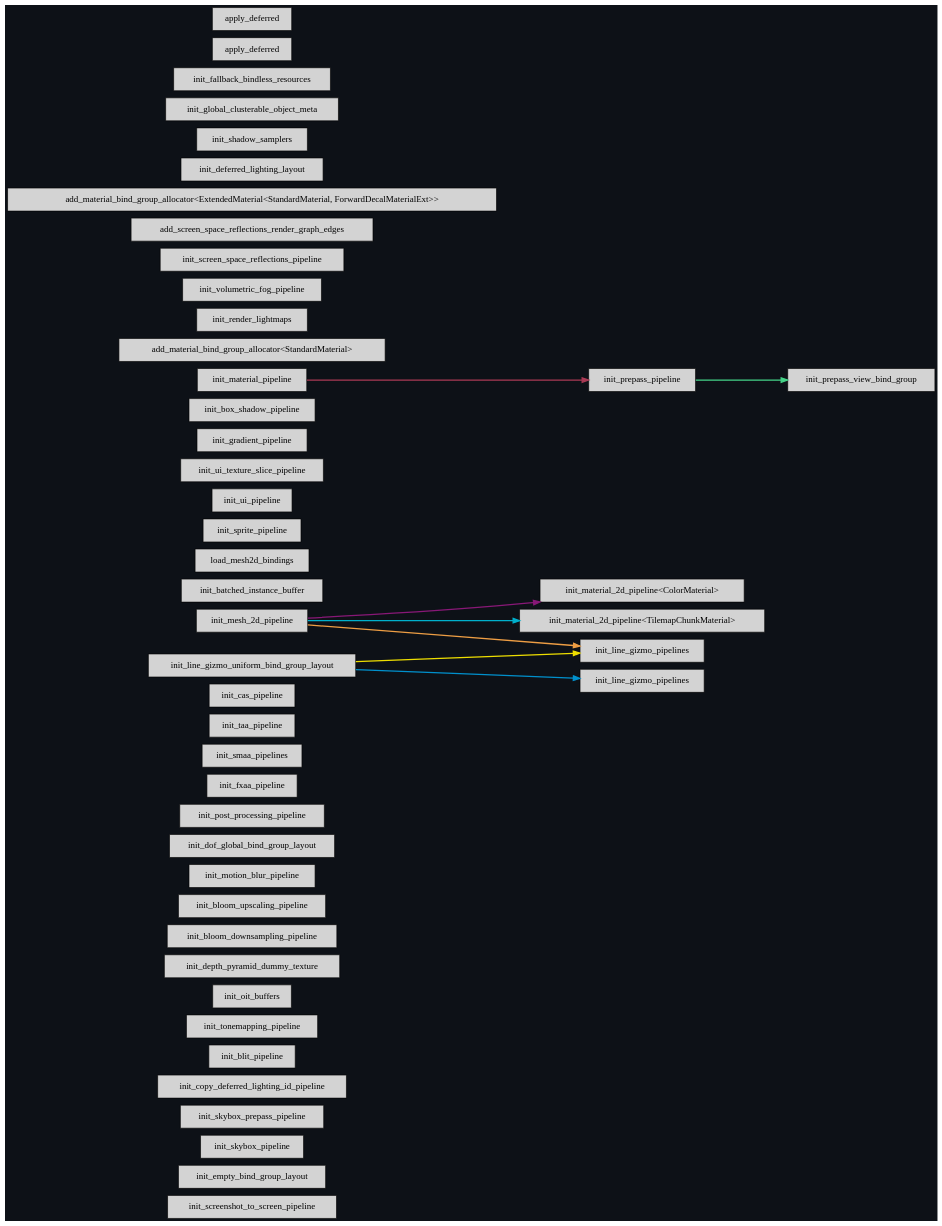
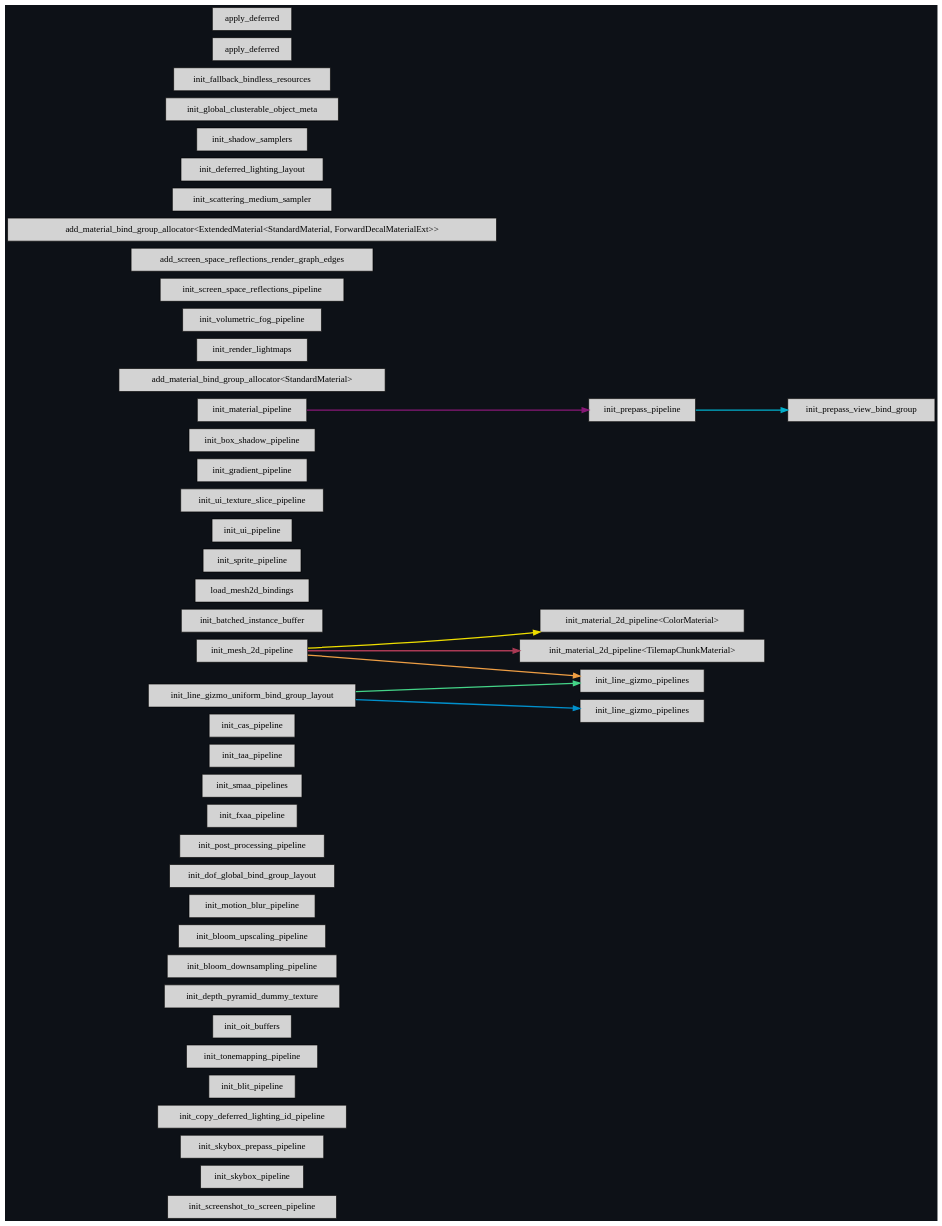
One commit to jakobhellermann/bevy_mod_debugdump changed the diagram in docs/schedule/dark/render_schedule_RenderStartup.dot. Above: the diagram before and after it, drawn with Graphviz. The commit also changed 61 other files, not shown here.

```diff
--- a/docs/schedule/dark/render_schedule_RenderStartup.dot
+++ b/docs/schedule/dark/render_schedule_RenderStartup.dot
@@ -8,56 +8,56 @@
 	edge ["penwidth"="2"];
 	node ["shape"="box", "style"="filled"];
 	"node_System(SystemKey(1v1))" ["label"="init_screenshot_to_screen_pipeline", "tooltip"="bevy_render::view::window::screenshot::init_screenshot_to_screen_pipeline"]
-	"node_System(SystemKey(2v1))" ["label"="init_empty_bind_group_layout", "tooltip"="bevy_render::render_resource::bind_group_layout::init_empty_bind_group_layout"]
-	"node_System(SystemKey(3v1))" ["label"="init_skybox_pipeline", "tooltip"="bevy_core_pipeline::skybox::init_skybox_pipeline"]
-	"node_System(SystemKey(4v1))" ["label"="init_skybox_prepass_pipeline", "tooltip"="bevy_core_pipeline::skybox::prepass::init_skybox_prepass_pipeline"]
-	"node_System(SystemKey(5v1))" ["label"="init_copy_deferred_lighting_id_pipeline", "tooltip"="bevy_core_pipeline::deferred::copy_lighting_id::init_copy_deferred_lighting_id_pipeline"]
-	"node_System(SystemKey(6v1))" ["label"="init_blit_pipeline", "tooltip"="bevy_core_pipeline::blit::init_blit_pipeline"]
-	"node_System(SystemKey(7v1))" ["label"="init_tonemapping_pipeline", "tooltip"="bevy_core_pipeline::tonemapping::init_tonemapping_pipeline"]
-	"node_System(SystemKey(8v1))" ["label"="init_oit_buffers", "tooltip"="bevy_core_pipeline::oit::init_oit_buffers"]
-	"node_System(SystemKey(9v1))" ["label"="init_depth_pyramid_dummy_texture", "tooltip"="bevy_core_pipeline::experimental::mip_generation::init_depth_pyramid_dummy_texture"]
-	"node_System(SystemKey(10v1))" ["label"="init_bloom_downsampling_pipeline", "tooltip"="bevy_post_process::bloom::downsampling_pipeline::init_bloom_downsampling_pipeline"]
-	"node_System(SystemKey(11v1))" ["label"="init_bloom_upscaling_pipeline", "tooltip"="bevy_post_process::bloom::upsampling_pipeline::init_bloom_upscaling_pipeline"]
-	"node_System(SystemKey(12v1))" ["label"="init_motion_blur_pipeline", "tooltip"="bevy_post_process::motion_blur::pipeline::init_motion_blur_pipeline"]
-	"node_System(SystemKey(13v1))" ["label"="init_dof_global_bind_group_layout", "tooltip"="bevy_post_process::dof::init_dof_global_bind_group_layout"]
-	"node_System(SystemKey(14v1))" ["label"="init_post_processing_pipeline", "tooltip"="bevy_post_process::effect_stack::init_post_processing_pipeline"]
-	"node_System(SystemKey(15v1))" ["label"="init_fxaa_pipeline", "tooltip"="bevy_anti_alias::fxaa::init_fxaa_pipeline"]
-	"node_System(SystemKey(16v1))" ["label"="init_smaa_pipelines", "tooltip"="bevy_anti_alias::smaa::init_smaa_pipelines"]
-	"node_System(SystemKey(17v1))" ["label"="init_taa_pipeline", "tooltip"="bevy_anti_alias::taa::init_taa_pipeline"]
-	"node_System(SystemKey(18v1))" ["label"="init_cas_pipeline", "tooltip"="bevy_anti_alias::contrast_adaptive_sharpening::init_cas_pipeline"]
-	"node_System(SystemKey(19v1))" ["label"="init_mesh_2d_pipeline", "tooltip"="bevy_sprite_render::mesh2d::mesh::init_mesh_2d_pipeline"]
-	"node_System(SystemKey(20v1))" ["label"="init_batched_instance_buffer", "tooltip"="bevy_sprite_render::mesh2d::mesh::init_batched_instance_buffer"]
-	"node_System(SystemKey(21v1))" ["label"="load_mesh2d_bindings", "tooltip"="bevy_sprite_render::mesh2d::mesh::load_mesh2d_bindings"]
-	"node_System(SystemKey(22v1))" ["label"="init_material_2d_pipeline<ColorMaterial>", "tooltip"="bevy_sprite_render::mesh2d::material::init_material_2d_pipeline<bevy_sprite_render::mesh2d::color_material::ColorMaterial>"]
-	"node_System(SystemKey(23v1))" ["label"="init_material_2d_pipeline<TilemapChunkMaterial>", "tooltip"="bevy_sprite_render::mesh2d::material::init_material_2d_pipeline<bevy_sprite_render::tilemap_chunk::tilemap_chunk_material::TilemapChunkMaterial>"]
-	"node_System(SystemKey(24v1))" ["label"="init_sprite_pipeline", "tooltip"="bevy_sprite_render::render::init_sprite_pipeline"]
-	"node_System(SystemKey(25v1))" ["label"="init_ui_pipeline", "tooltip"="bevy_ui_render::pipeline::init_ui_pipeline"]
-	"node_System(SystemKey(26v1))" ["label"="init_ui_texture_slice_pipeline", "tooltip"="bevy_ui_render::ui_texture_slice_pipeline::init_ui_texture_slice_pipeline"]
-	"node_System(SystemKey(27v1))" ["label"="init_gradient_pipeline", "tooltip"="bevy_ui_render::gradient::init_gradient_pipeline"]
-	"node_System(SystemKey(28v1))" ["label"="init_box_shadow_pipeline", "tooltip"="bevy_ui_render::box_shadow::init_box_shadow_pipeline"]
-	"node_System(SystemKey(29v1))" ["label"="init_prepass_pipeline", "tooltip"="bevy_pbr::prepass::init_prepass_pipeline"]
-	"node_System(SystemKey(30v1))" ["label"="init_prepass_view_bind_group", "tooltip"="bevy_pbr::prepass::init_prepass_view_bind_group"]
-	"node_System(SystemKey(31v1))" ["label"="init_material_pipeline", "tooltip"="bevy_pbr::material::init_material_pipeline"]
-	"node_System(SystemKey(32v1))" ["label"="add_material_bind_group_allocator<StandardMaterial>", "tooltip"="bevy_pbr::material::add_material_bind_group_allocator<bevy_pbr::pbr_material::StandardMaterial>"]
-	"node_System(SystemKey(33v1))" ["label"="init_render_lightmaps", "tooltip"="bevy_pbr::lightmap::init_render_lightmaps"]
-	"node_System(SystemKey(34v1))" ["label"="init_volumetric_fog_pipeline", "tooltip"="bevy_pbr::volumetric_fog::render::init_volumetric_fog_pipeline"]
-	"node_System(SystemKey(35v1))" ["label"="init_screen_space_reflections_pipeline", "tooltip"="bevy_pbr::ssr::init_screen_space_reflections_pipeline"]
-	"node_System(SystemKey(36v1))" ["label"="add_screen_space_reflections_render_graph_edges", "tooltip"="bevy_pbr::ssr::add_screen_space_reflections_render_graph_edges"]
-	"node_System(SystemKey(37v1))" ["label"="add_material_bind_group_allocator<ExtendedMaterial<StandardMaterial, ForwardDecalMaterialExt>>", "tooltip"="bevy_pbr::material::add_material_bind_group_allocator<bevy_pbr::extended_material::ExtendedMaterial<bevy_pbr::pbr_material::StandardMaterial, bevy_pbr::decal::forward::ForwardDecalMaterialExt>>"]
+	"node_System(SystemKey(2v1))" ["label"="init_skybox_pipeline", "tooltip"="bevy_core_pipeline::skybox::init_skybox_pipeline"]
+	"node_System(SystemKey(3v1))" ["label"="init_skybox_prepass_pipeline", "tooltip"="bevy_core_pipeline::skybox::prepass::init_skybox_prepass_pipeline"]
+	"node_System(SystemKey(4v1))" ["label"="init_copy_deferred_lighting_id_pipeline", "tooltip"="bevy_core_pipeline::deferred::copy_lighting_id::init_copy_deferred_lighting_id_pipeline"]
+	"node_System(SystemKey(5v1))" ["label"="init_blit_pipeline", "tooltip"="bevy_core_pipeline::blit::init_blit_pipeline"]
+	"node_System(SystemKey(6v1))" ["label"="init_tonemapping_pipeline", "tooltip"="bevy_core_pipeline::tonemapping::init_tonemapping_pipeline"]
+	"node_System(SystemKey(7v1))" ["label"="init_oit_buffers", "tooltip"="bevy_core_pipeline::oit::init_oit_buffers"]
+	"node_System(SystemKey(8v1))" ["label"="init_depth_pyramid_dummy_texture", "tooltip"="bevy_core_pipeline::experimental::mip_generation::init_depth_pyramid_dummy_texture"]
+	"node_System(SystemKey(9v1))" ["label"="init_bloom_downsampling_pipeline", "tooltip"="bevy_post_process::bloom::downsampling_pipeline::init_bloom_downsampling_pipeline"]
+	"node_System(SystemKey(10v1))" ["label"="init_bloom_upscaling_pipeline", "tooltip"="bevy_post_process::bloom::upsampling_pipeline::init_bloom_upscaling_pipeline"]
+	"node_System(SystemKey(11v1))" ["label"="init_motion_blur_pipeline", "tooltip"="bevy_post_process::motion_blur::pipeline::init_motion_blur_pipeline"]
+	"node_System(SystemKey(12v1))" ["label"="init_dof_global_bind_group_layout", "tooltip"="bevy_post_process::dof::init_dof_global_bind_group_layout"]
+	"node_System(SystemKey(13v1))" ["label"="init_post_processing_pipeline", "tooltip"="bevy_post_process::effect_stack::init_post_processing_pipeline"]
+	"node_System(SystemKey(14v1))" ["label"="init_fxaa_pipeline", "tooltip"="bevy_anti_alias::fxaa::init_fxaa_pipeline"]
+	"node_System(SystemKey(15v1))" ["label"="init_smaa_pipelines", "tooltip"="bevy_anti_alias::smaa::init_smaa_pipelines"]
+	"node_System(SystemKey(16v1))" ["label"="init_taa_pipeline", "tooltip"="bevy_anti_alias::taa::init_taa_pipeline"]
+	"node_System(SystemKey(17v1))" ["label"="init_cas_pipeline", "tooltip"="bevy_anti_alias::contrast_adaptive_sharpening::init_cas_pipeline"]
+	"node_System(SystemKey(18v1))" ["label"="init_mesh_2d_pipeline", "tooltip"="bevy_sprite_render::mesh2d::mesh::init_mesh_2d_pipeline"]
+	"node_System(SystemKey(19v1))" ["label"="init_batched_instance_buffer", "tooltip"="bevy_sprite_render::mesh2d::mesh::init_batched_instance_buffer"]
+	"node_System(SystemKey(20v1))" ["label"="load_mesh2d_bindings", "tooltip"="bevy_sprite_render::mesh2d::mesh::load_mesh2d_bindings"]
+	"node_System(SystemKey(21v1))" ["label"="init_material_2d_pipeline<ColorMaterial>", "tooltip"="bevy_sprite_render::mesh2d::material::init_material_2d_pipeline<bevy_sprite_render::mesh2d::color_material::ColorMaterial>"]
+	"node_System(SystemKey(22v1))" ["label"="init_material_2d_pipeline<TilemapChunkMaterial>", "tooltip"="bevy_sprite_render::mesh2d::material::init_material_2d_pipeline<bevy_sprite_render::tilemap_chunk::tilemap_chunk_material::TilemapChunkMaterial>"]
+	"node_System(SystemKey(23v1))" ["label"="init_sprite_pipeline", "tooltip"="bevy_sprite_render::render::init_sprite_pipeline"]
+	"node_System(SystemKey(24v1))" ["label"="init_ui_pipeline", "tooltip"="bevy_ui_render::pipeline::init_ui_pipeline"]
+	"node_System(SystemKey(25v1))" ["label"="init_ui_texture_slice_pipeline", "tooltip"="bevy_ui_render::ui_texture_slice_pipeline::init_ui_texture_slice_pipeline"]
+	"node_System(SystemKey(26v1))" ["label"="init_gradient_pipeline", "tooltip"="bevy_ui_render::gradient::init_gradient_pipeline"]
+	"node_System(SystemKey(27v1))" ["label"="init_box_shadow_pipeline", "tooltip"="bevy_ui_render::box_shadow::init_box_shadow_pipeline"]
+	"node_System(SystemKey(28v1))" ["label"="init_prepass_pipeline", "tooltip"="bevy_pbr::prepass::init_prepass_pipeline"]
+	"node_System(SystemKey(29v1))" ["label"="init_prepass_view_bind_group", "tooltip"="bevy_pbr::prepass::init_prepass_view_bind_group"]
+	"node_System(SystemKey(30v1))" ["label"="init_material_pipeline", "tooltip"="bevy_pbr::material::init_material_pipeline"]
+	"node_System(SystemKey(31v1))" ["label"="add_material_bind_group_allocator<StandardMaterial>", "tooltip"="bevy_pbr::material::add_material_bind_group_allocator<bevy_pbr::pbr_material::StandardMaterial>"]
+	"node_System(SystemKey(32v1))" ["label"="init_render_lightmaps", "tooltip"="bevy_pbr::lightmap::init_render_lightmaps"]
+	"node_System(SystemKey(33v1))" ["label"="init_volumetric_fog_pipeline", "tooltip"="bevy_pbr::volumetric_fog::render::init_volumetric_fog_pipeline"]
+	"node_System(SystemKey(34v1))" ["label"="init_screen_space_reflections_pipeline", "tooltip"="bevy_pbr::ssr::init_screen_space_reflections_pipeline"]
+	"node_System(SystemKey(35v1))" ["label"="add_screen_space_reflections_render_graph_edges", "tooltip"="bevy_pbr::ssr::add_screen_space_reflections_render_graph_edges"]
+	"node_System(SystemKey(36v1))" ["label"="add_material_bind_group_allocator<ExtendedMaterial<StandardMaterial, ForwardDecalMaterialExt>>", "tooltip"="bevy_pbr::material::add_material_bind_group_allocator<bevy_pbr::extended_material::ExtendedMaterial<bevy_pbr::pbr_material::StandardMaterial, bevy_pbr::decal::forward::ForwardDecalMaterialExt>>"]
+	"node_System(SystemKey(37v1))" ["label"="init_scattering_medium_sampler", "tooltip"="bevy_pbr::medium::init_scattering_medium_sampler"]
 	"node_System(SystemKey(38v1))" ["label"="init_deferred_lighting_layout", "tooltip"="bevy_pbr::deferred::init_deferred_lighting_layout"]
 	"node_System(SystemKey(39v1))" ["label"="init_shadow_samplers", "tooltip"="bevy_pbr::render::light::init_shadow_samplers"]
 	"node_System(SystemKey(40v1))" ["label"="init_global_clusterable_object_meta", "tooltip"="bevy_pbr::cluster::init_global_clusterable_object_meta"]
 	"node_System(SystemKey(41v1))" ["label"="init_fallback_bindless_resources", "tooltip"="bevy_pbr::material_bind_groups::init_fallback_bindless_resources"]
-	"node_System(SystemKey(42v1))" ["label"="init_line_gizmo_uniform_bind_group_layout", "tooltip"="bevy_gizmos::init_line_gizmo_uniform_bind_group_layout"]
-	"node_System(SystemKey(43v1))" ["label"="init_line_gizmo_pipelines", "tooltip"="bevy_gizmos::pipeline_2d::init_line_gizmo_pipelines"]
-	"node_System(SystemKey(44v1))" ["label"="init_line_gizmo_pipelines", "tooltip"="bevy_gizmos::pipeline_3d::init_line_gizmo_pipelines"]
+	"node_System(SystemKey(42v1))" ["label"="init_line_gizmo_uniform_bind_group_layout", "tooltip"="bevy_gizmos_render::init_line_gizmo_uniform_bind_group_layout"]
+	"node_System(SystemKey(43v1))" ["label"="init_line_gizmo_pipelines", "tooltip"="bevy_gizmos_render::pipeline_2d::init_line_gizmo_pipelines"]
+	"node_System(SystemKey(44v1))" ["label"="init_line_gizmo_pipelines", "tooltip"="bevy_gizmos_render::pipeline_3d::init_line_gizmo_pipelines"]
 	"node_System(SystemKey(45v1))" ["label"="apply_deferred", "tooltip"="bevy_ecs::apply_deferred"]
 	"node_System(SystemKey(46v1))" ["label"="apply_deferred", "tooltip"="bevy_ecs::apply_deferred"]
-	"node_System(SystemKey(42v1))" -> "node_System(SystemKey(43v1))" ["lhead"="", "ltail"="", "tooltip"="SystemTypeSet(fn bevy_ecs::system::function_system::FunctionSystem<fn(bevy_ecs::system::commands::Commands<'_, '_>, bevy_ecs::change_detection::Res<'_, bevy_render::renderer::render_device::RenderDevice>), (), bevy_gizmos::init_line_gizmo_uniform_bind_group_layout>()) → init_line_gizmo_pipelines", "color"="#eede00"]
-	"node_System(SystemKey(19v1))" -> "node_System(SystemKey(22v1))" ["lhead"="", "ltail"="", "tooltip"="SystemTypeSet(fn bevy_ecs::system::function_system::FunctionSystem<fn(bevy_ecs::system::commands::Commands<'_, '_>, bevy_ecs::change_detection::Res<'_, bevy_render::renderer::render_device::RenderDevice>, bevy_ecs::change_detection::Res<'_, bevy_render::renderer::RenderQueue>, bevy_ecs::change_detection::Res<'_, bevy_render::render_resource::texture::DefaultImageSampler>, bevy_ecs::change_detection::Res<'_, bevy_asset::server::AssetServer>), (), bevy_sprite_render::mesh2d::mesh::init_mesh_2d_pipeline>()) → init_material_2d_pipeline<ColorMaterial>", "color"="#881877"]
-	"node_System(SystemKey(19v1))" -> "node_System(SystemKey(23v1))" ["lhead"="", "ltail"="", "tooltip"="SystemTypeSet(fn bevy_ecs::system::function_system::FunctionSystem<fn(bevy_ecs::system::commands::Commands<'_, '_>, bevy_ecs::change_detection::Res<'_, bevy_render::renderer::render_device::RenderDevice>, bevy_ecs::change_detection::Res<'_, bevy_render::renderer::RenderQueue>, bevy_ecs::change_detection::Res<'_, bevy_render::render_resource::texture::DefaultImageSampler>, bevy_ecs::change_detection::Res<'_, bevy_asset::server::AssetServer>), (), bevy_sprite_render::mesh2d::mesh::init_mesh_2d_pipeline>()) → init_material_2d_pipeline<TilemapChunkMaterial>", "color"="#00b0cc"]
-	"node_System(SystemKey(31v1))" -> "node_System(SystemKey(29v1))" ["lhead"="", "ltail"="", "tooltip"="SystemTypeSet(fn bevy_ecs::system::function_system::FunctionSystem<fn(bevy_ecs::system::commands::Commands<'_, '_>, bevy_ecs::change_detection::Res<'_, bevy_pbr::render::mesh::MeshPipeline>), (), bevy_pbr::material::init_material_pipeline>()) → init_prepass_pipeline", "color"="#aa3a55"]
-	"node_System(SystemKey(29v1))" -> "node_System(SystemKey(30v1))" ["lhead"="", "ltail"="", "tooltip"="init_prepass_pipeline → init_prepass_view_bind_group", "color"="#44d488"]
-	"node_System(SystemKey(42v1))" -> "node_System(SystemKey(44v1))" ["lhead"="", "ltail"="", "tooltip"="SystemTypeSet(fn bevy_ecs::system::function_system::FunctionSystem<fn(bevy_ecs::system::commands::Commands<'_, '_>, bevy_ecs::change_detection::Res<'_, bevy_render::renderer::render_device::RenderDevice>), (), bevy_gizmos::init_line_gizmo_uniform_bind_group_layout>()) → init_line_gizmo_pipelines", "color"="#0090cc"]
-	"node_System(SystemKey(19v1))" -> "node_System(SystemKey(43v1))" ["lhead"="", "ltail"="", "tooltip"="SystemTypeSet(fn bevy_ecs::system::function_system::FunctionSystem<fn(bevy_ecs::system::commands::Commands<'_, '_>, bevy_ecs::change_detection::Res<'_, bevy_render::renderer::render_device::RenderDevice>, bevy_ecs::change_detection::Res<'_, bevy_render::renderer::RenderQueue>, bevy_ecs::change_detection::Res<'_, bevy_render::render_resource::texture::DefaultImageSampler>, bevy_ecs::change_detection::Res<'_, bevy_asset::server::AssetServer>), (), bevy_sprite_render::mesh2d::mesh::init_mesh_2d_pipeline>()) → init_line_gizmo_pipelines", "color"="#ee9e44"]
+	"node_System(SystemKey(18v1))" -> "node_System(SystemKey(21v1))" ["lhead"="", "ltail"="", "tooltip"="SystemTypeSet(fn bevy_ecs::system::function_system::FunctionSystem<fn(bevy_ecs::system::commands::Commands<'_, '_>, bevy_ecs::change_detection::params::Res<'_, bevy_render::renderer::render_device::RenderDevice>, bevy_ecs::change_detection::params::Res<'_, bevy_asset::server::AssetServer>), (), (), bevy_sprite_render::mesh2d::mesh::init_mesh_2d_pipeline>()) → init_material_2d_pipeline<ColorMaterial>", "color"="#eede00"]
+	"node_System(SystemKey(30v1))" -> "node_System(SystemKey(28v1))" ["lhead"="", "ltail"="", "tooltip"="SystemTypeSet(fn bevy_ecs::system::function_system::FunctionSystem<fn(bevy_ecs::system::commands::Commands<'_, '_>, bevy_ecs::change_detection::params::Res<'_, bevy_pbr::render::mesh::MeshPipeline>), (), (), bevy_pbr::material::init_material_pipeline>()) → init_prepass_pipeline", "color"="#881877"]
+	"node_System(SystemKey(28v1))" -> "node_System(SystemKey(29v1))" ["lhead"="", "ltail"="", "tooltip"="init_prepass_pipeline → init_prepass_view_bind_group", "color"="#00b0cc"]
+	"node_System(SystemKey(18v1))" -> "node_System(SystemKey(22v1))" ["lhead"="", "ltail"="", "tooltip"="SystemTypeSet(fn bevy_ecs::system::function_system::FunctionSystem<fn(bevy_ecs::system::commands::Commands<'_, '_>, bevy_ecs::change_detection::params::Res<'_, bevy_render::renderer::render_device::RenderDevice>, bevy_ecs::change_detection::params::Res<'_, bevy_asset::server::AssetServer>), (), (), bevy_sprite_render::mesh2d::mesh::init_mesh_2d_pipeline>()) → init_material_2d_pipeline<TilemapChunkMaterial>", "color"="#aa3a55"]
+	"node_System(SystemKey(42v1))" -> "node_System(SystemKey(43v1))" ["lhead"="", "ltail"="", "tooltip"="SystemTypeSet(fn bevy_ecs::system::function_system::FunctionSystem<fn(bevy_ecs::system::commands::Commands<'_, '_>), (), (), bevy_gizmos_render::init_line_gizmo_uniform_bind_group_layout>()) → init_line_gizmo_pipelines", "color"="#44d488"]
+	"node_System(SystemKey(42v1))" -> "node_System(SystemKey(44v1))" ["lhead"="", "ltail"="", "tooltip"="SystemTypeSet(fn bevy_ecs::system::function_system::FunctionSystem<fn(bevy_ecs::system::commands::Commands<'_, '_>), (), (), bevy_gizmos_render::init_line_gizmo_uniform_bind_group_layout>()) → init_line_gizmo_pipelines", "color"="#0090cc"]
+	"node_System(SystemKey(18v1))" -> "node_System(SystemKey(43v1))" ["lhead"="", "ltail"="", "tooltip"="SystemTypeSet(fn bevy_ecs::system::function_system::FunctionSystem<fn(bevy_ecs::system::commands::Commands<'_, '_>, bevy_ecs::change_detection::params::Res<'_, bevy_render::renderer::render_device::RenderDevice>, bevy_ecs::change_detection::params::Res<'_, bevy_asset::server::AssetServer>), (), (), bevy_sprite_render::mesh2d::mesh::init_mesh_2d_pipeline>()) → init_line_gizmo_pipelines", "color"="#ee9e44"]
 }
```
